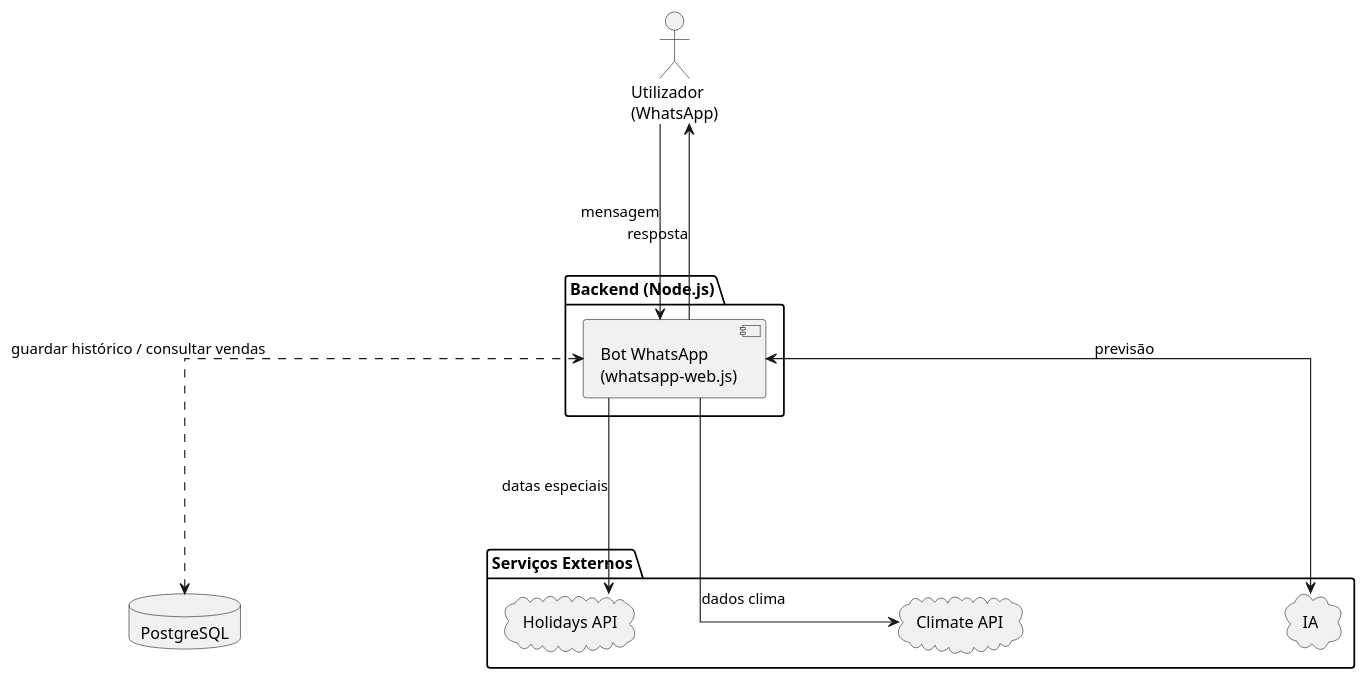
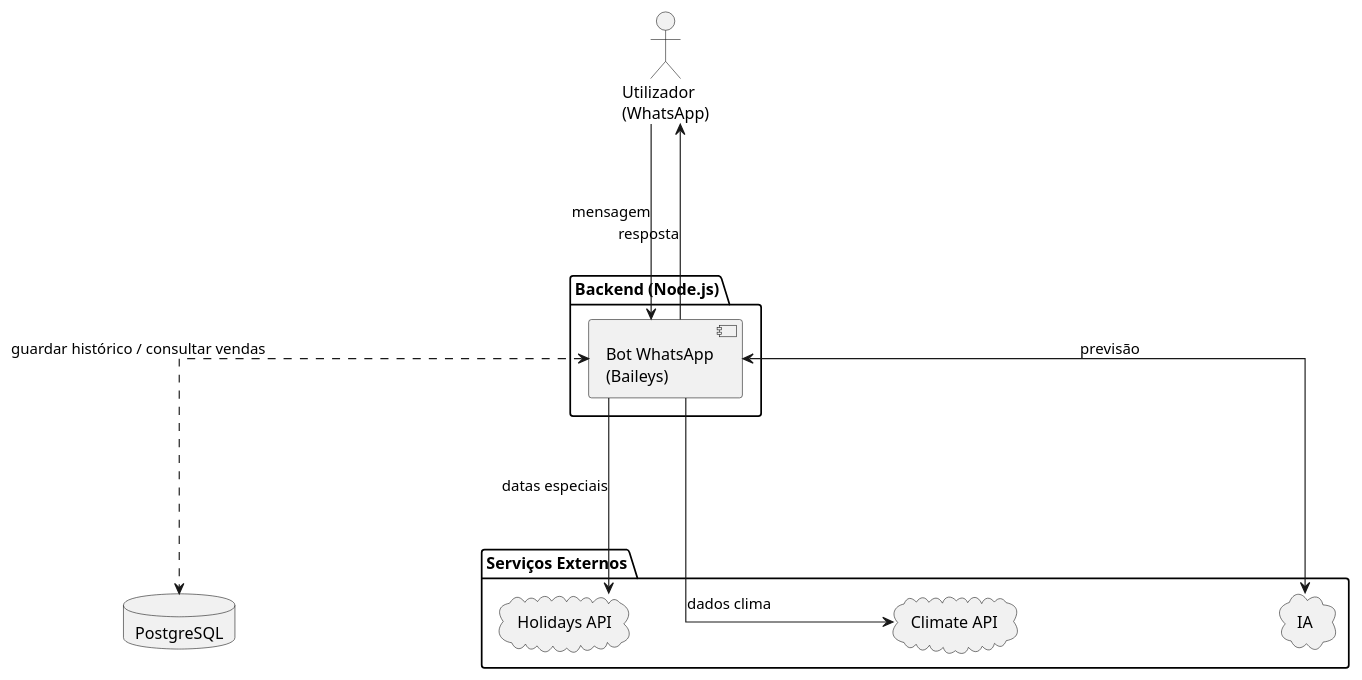
One commit to therakius/leena changed the diagram in architecture.puml. Above: the diagram before and after it, drawn with PlantUML. The commit also changed 1 other file, not shown here.

Commit message:
update architecture diagram

```diff
--- a/architecture.puml
+++ b/architecture.puml
@@ -1,35 +1,35 @@
 @startuml architecture
 top to bottom direction
 
 skinparam {
     Nodesep 230
     Ranksep 170
     Linetype ortho
 }
 
 skinparam packagePadding 45
 skinparam componentPadding 15
 
 actor "Utilizador\n(WhatsApp)" as USER
 
 package "Backend (Node.js)" {
-    component "Bot WhatsApp\n(whatsapp-web.js)" as BOT
+    component "Bot WhatsApp\n(Baileys)" as BOT
 }
 
 package "Serviços Externos" {
     cloud "IA" as AI
     cloud "Climate API" as CLIMATE
     cloud "Holidays API" as HOLIDAYS
 }
 
 database "PostgreSQL" as DB
 
 USER --> BOT : mensagem
 BOT --> USER : resposta
 
 BOT <--> AI : previsão
 BOT --> CLIMATE : dados clima
 BOT --> HOLIDAYS : datas especiais
 BOT <..> DB : guardar histórico / consultar vendas
 
 @enduml
```
